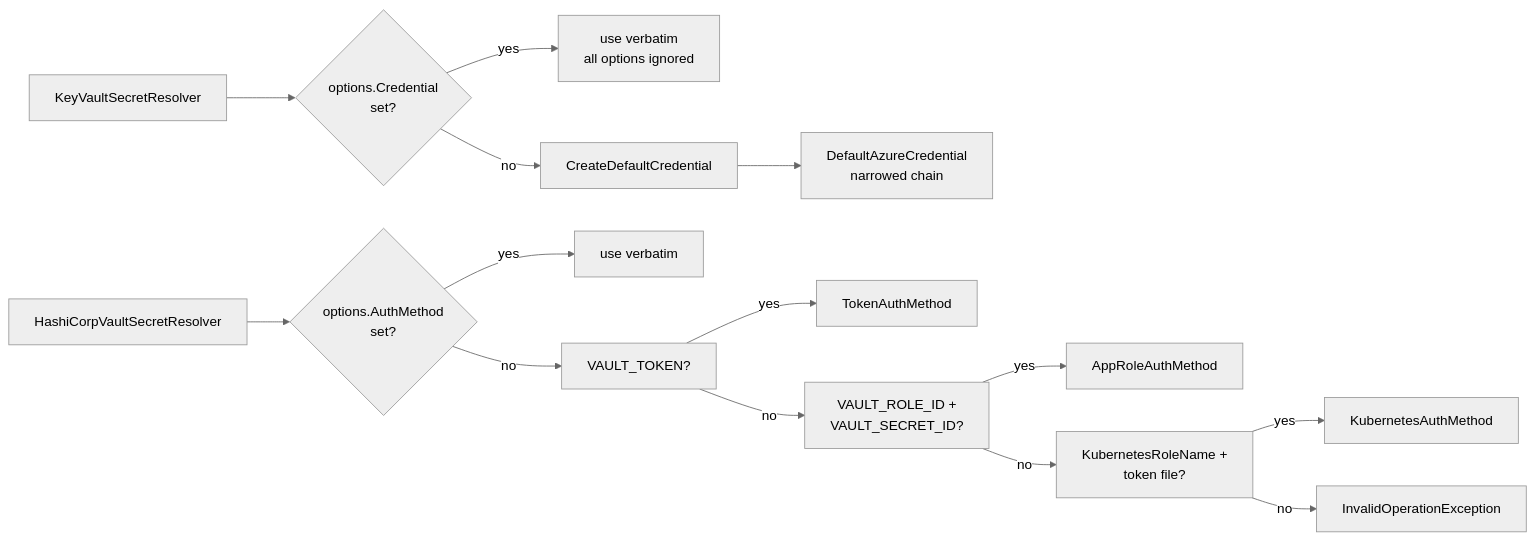
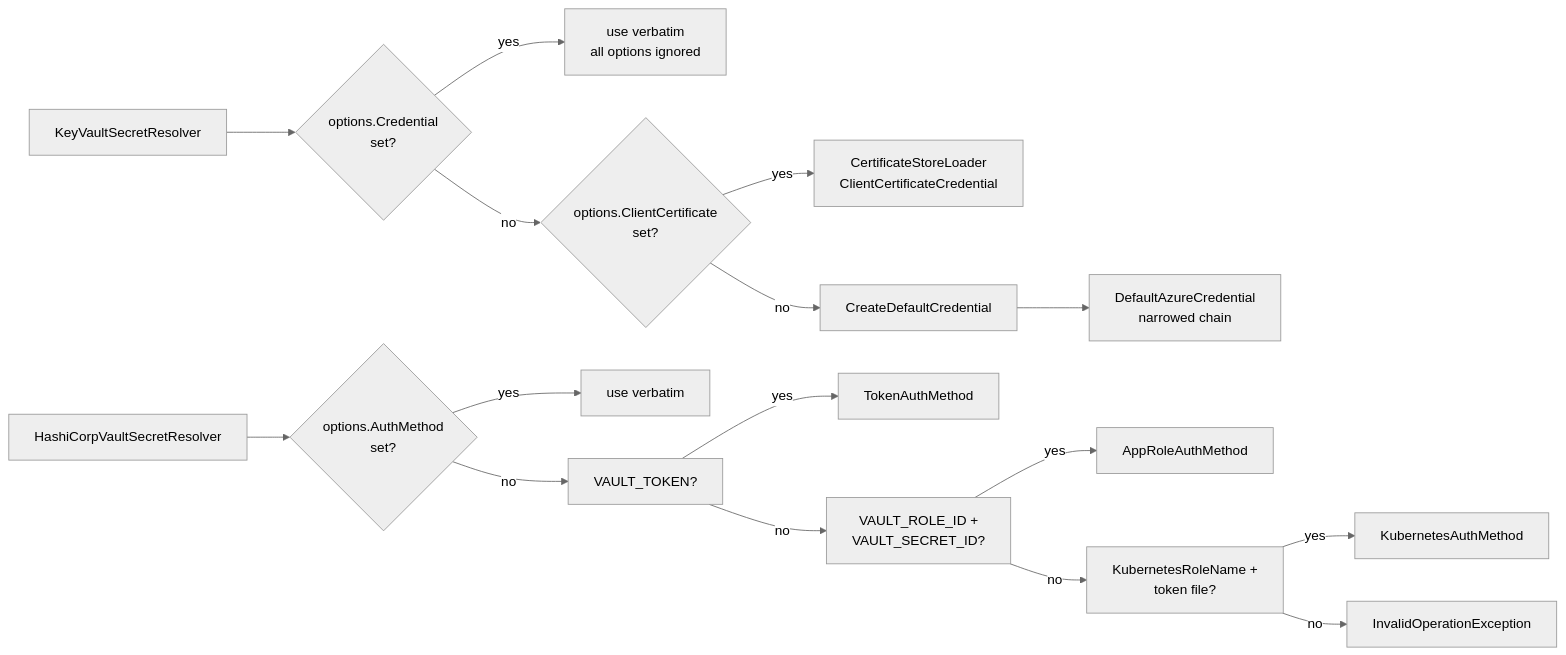
The diagram in docs/Features/Vault-Authentication-Methods.md (gijswalraven/KeyVaultReferenceResolver), drawn with Mermaid (neutral theme) before and after one commit. The commit also changed other lines of this file and 17 other files, not shown here.

First line of the commit message:
feat: authenticate with a client certificate from the certificate store

````diff
--- a/docs/Features/Vault-Authentication-Methods.md
+++ b/docs/Features/Vault-Authentication-Methods.md
@@ -13,16 +13,18 @@
 ```mermaid
 graph LR
     A["KeyVaultSecretResolver"] --> B{"options.Credential<br/>set?"}
     B -->|"yes"| C["use verbatim<br/>all options ignored"]
-    B -->|"no"| D["CreateDefaultCredential"]
+    B -->|"no"| P{"options.ClientCertificate<br/>set?"}
+    P -->|"yes"| Q["CertificateStoreLoader<br/>ClientCertificateCredential"]
+    P -->|"no"| D["CreateDefaultCredential"]
     D --> E["DefaultAzureCredential<br/>narrowed chain"]
     F["HashiCorpVaultSecretResolver"] --> G{"options.AuthMethod<br/>set?"}
     G -->|"yes"| H["use verbatim"]
     G -->|"no"| I["VAULT_TOKEN?"]
     I -->|"yes"| J["TokenAuthMethod"]
     I -->|"no"| K["VAULT_ROLE_ID +<br/>VAULT_SECRET_ID?"]
     K -->|"yes"| L["AppRoleAuthMethod"]
     K -->|"no"| M["KubernetesRoleName +<br/>token file?"]
     M -->|"yes"| N["KubernetesAuthMethod"]
     M -->|"no"| O["InvalidOperationException"]
 ```
````
